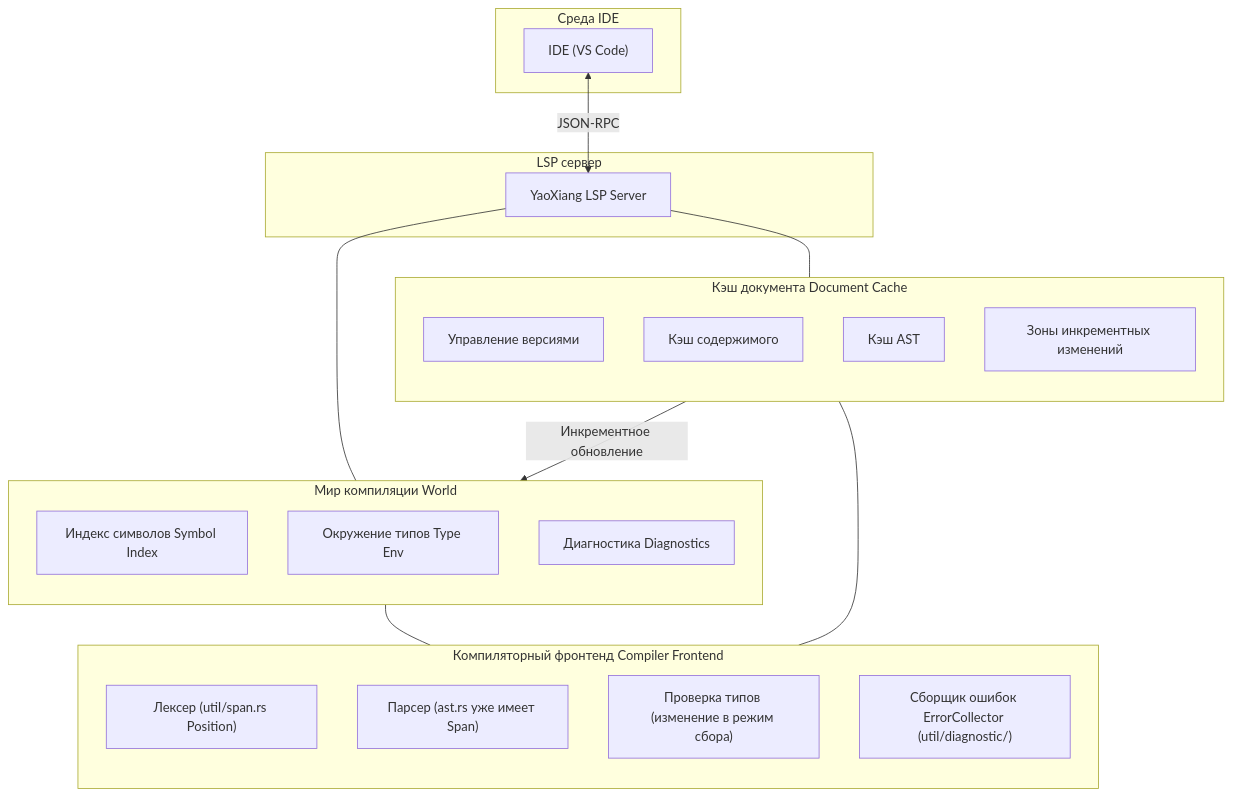
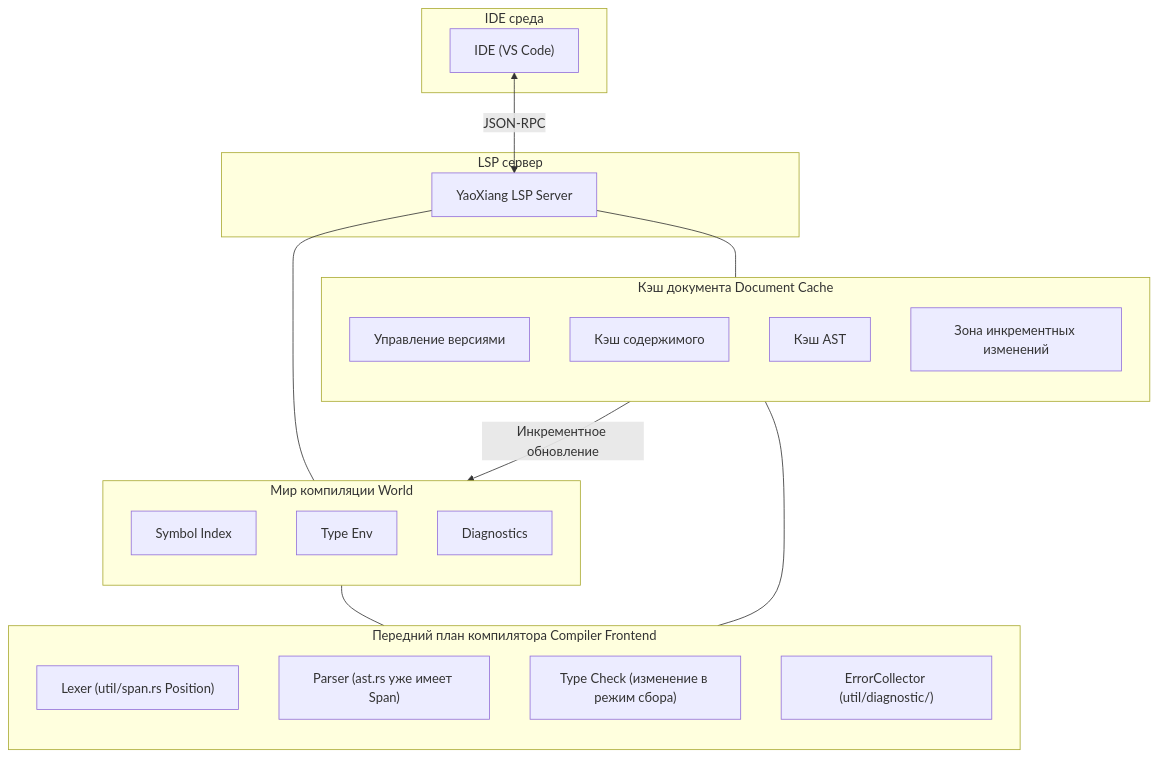
The diagram in docs/src/ru/design/rfc/accepted/017-lsp-support.md (ChenXu233/YaoXiang), drawn with Mermaid before and after one commit. The commit also changed other lines of this file and 236 other files, not shown here.

````diff
--- a/docs/src/ru/design/rfc/accepted/017-lsp-support.md
+++ b/docs/src/ru/design/rfc/accepted/017-lsp-support.md
@@ -138,43 +137,43 @@
 ```mermaid
 flowchart TD
-    subgraph IDE_Environment [Среда IDE]
+    subgraph IDE_Environment [IDE среда]
         IDE["IDE (VS Code)"]
     end
 
     subgraph LSP_Server [LSP сервер]
         LSP["YaoXiang LSP Server"]
     end
 
     subgraph World_Compile [Мир компиляции World]
         direction TB
-        W_Symbol["Индекс символов Symbol Index"]
-        W_Type["Окружение типов Type Env"]
-        W_Diag["Диагностика Diagnostics"]
+        W_Symbol["Symbol Index"]
+        W_Type["Type Env"]
+        W_Diag["Diagnostics"]
     end
 
     subgraph Cache [Кэш документа Document Cache]
         direction TB
         C_Version["Управление версиями"]
         C_Content["Кэш содержимого"]
         C_AST["Кэш AST"]
-        C_Delta["Зоны инкрементных изменений"]
+        C_Delta["Зона инкрементных изменений"]
     end
 
-    subgraph Frontend [Компиляторный фронтенд Compiler Frontend]
+    subgraph Frontend [Передний план компилятора Compiler Frontend]
         direction TB
-        F_Lexer["Лексер (util/span.rs Position)"]
-        F_Parser["Парсер (ast.rs уже имеет Span)"]
-        F_TypeCheck["Проверка типов (изменение в режим сбора)"]
-        F_ErrorCollector["Сборщик ошибок ErrorCollector (util/diagnostic/)"]
+        F_Lexer["Lexer (util/span.rs Position)"]
+        F_Parser["Parser (ast.rs уже имеет Span)"]
+        F_TypeCheck["Type Check (изменение в режим сбора)"]
+        F_ErrorCollector["ErrorCollector (util/diagnostic/)"]
     end
 
     IDE <-->|JSON-RPC| LSP
 
     LSP --- World_Compile
     LSP --- Cache
 
     Cache -- "Инкрементное обновление" --> World_Compile
 
     World_Compile --- Frontend
     Cache --- Frontend
 ```
````
